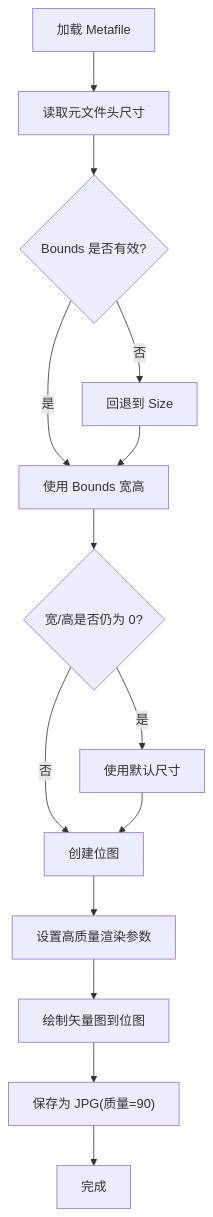
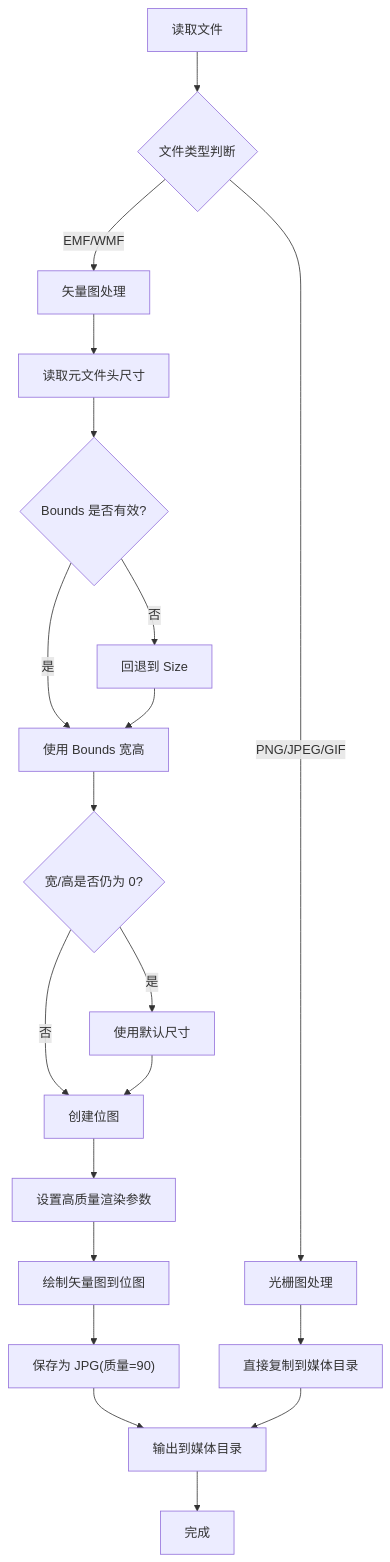
The sixth of 9 diagrams in .qoder/repowiki/zh/content/转换模块详解/矢量图处理模块.md (hllshiro/doc2md-cli), drawn with Mermaid before and after one commit. The commit also changed other lines of this file and 6 other files, not shown here.

First line of the commit message:
feat(media): 扩展媒体处理支持多格式及AI图片识别

````diff
--- a/.qoder/repowiki/zh/content/转换模块详解/矢量图处理模块.md
+++ b/.qoder/repowiki/zh/content/转换模块详解/矢量图处理模块.md
@@ -255,16 +293,22 @@
 ```mermaid
 flowchart TD
-S["加载 Metafile"] --> H["读取元文件头尺寸"]
+S["读取文件"] --> T{"文件类型判断"}
+T --> |EMF/WMF| V["矢量图处理"]
+T --> |PNG/JPEG/GIF| R["光栅图处理"]
+V --> H["读取元文件头尺寸"]
 H --> Z{"Bounds 是否有效?"}
 Z --> |否| SZ["回退到 Size"]
 Z --> |是| W["使用 Bounds 宽高"]
 SZ --> W
 W --> D{"宽/高是否仍为 0?"}
 D --> |是| DEF["使用默认尺寸"]
 D --> |否| B["创建位图"]
 DEF --> B
 B --> Q["设置高质量渲染参数"]
 Q --> G["绘制矢量图到位图"]
 G --> J["保存为 JPG(质量=90)"]
-J --> E["完成"]
+J --> O["输出到媒体目录"]
+R --> C["直接复制到媒体目录"]
+C --> O
+O --> E["完成"]
 ```
````
